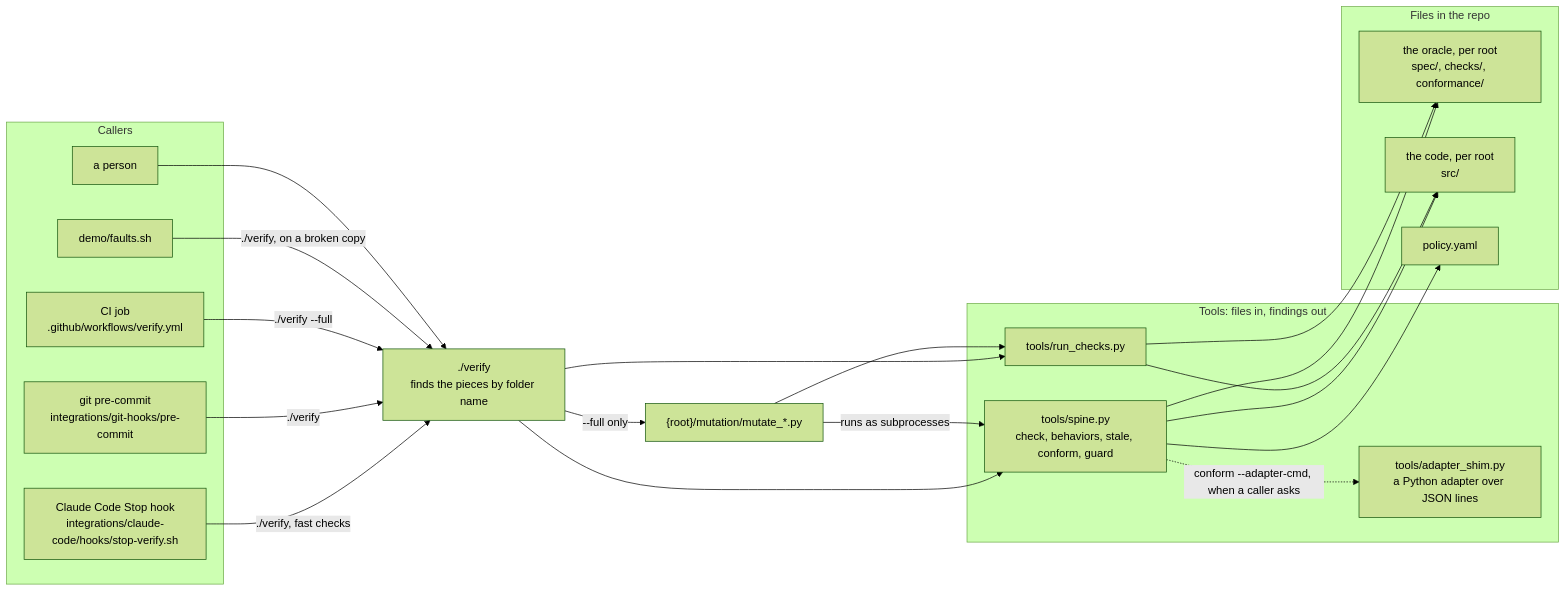
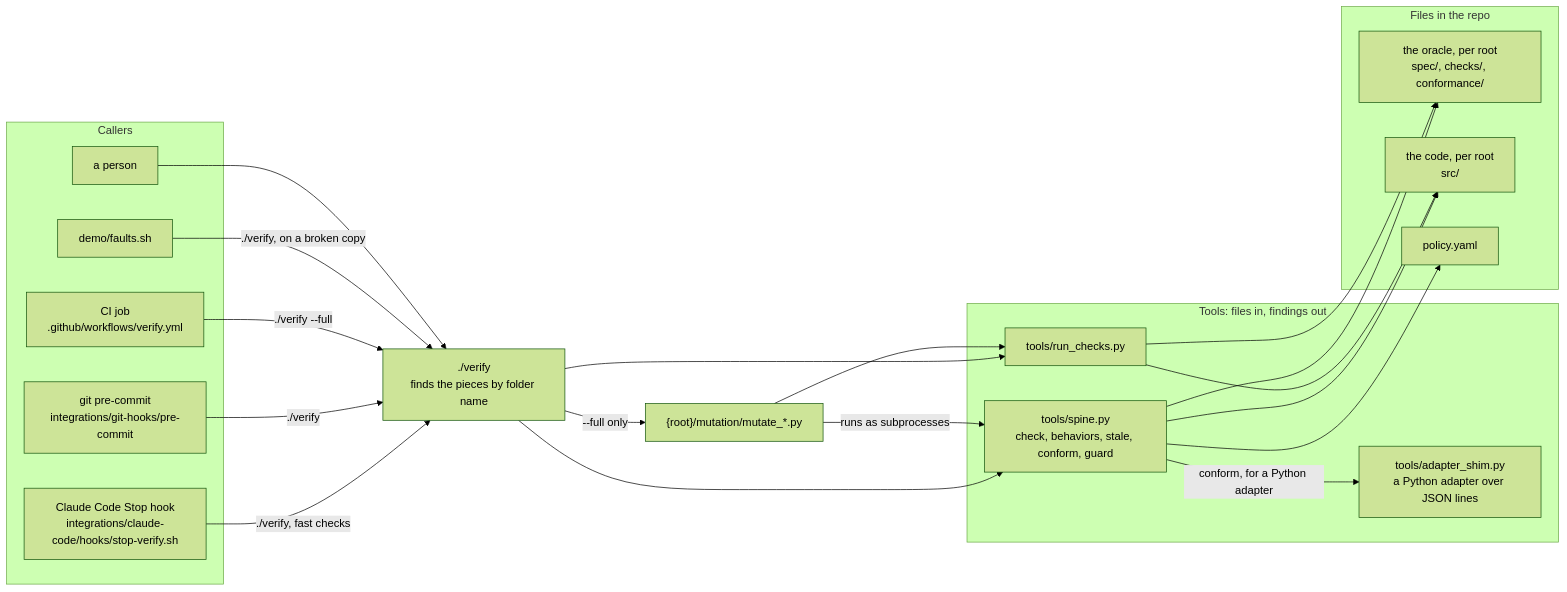
The first of 6 diagrams in docs/architecture.md (23min/verifier-kit), drawn with Mermaid (forest theme) before and after one commit. The commit also changed 7 other files, not shown here.

First line of the commit message:
fix(conform): run every Python adapter through the shim, so its printing can't break spine's output and both spines run it alike

````diff
--- a/docs/architecture.md
+++ b/docs/architecture.md
@@ -15,38 +15,38 @@
 ```mermaid
 flowchart LR
   subgraph callers["Callers"]
     stop["Claude Code Stop hook<br/>integrations/claude-code/hooks/stop-verify.sh"]
     pre["git pre-commit<br/>integrations/git-hooks/pre-commit"]
     ci["CI job<br/>.github/workflows/verify.yml"]
     faults["demo/faults.sh"]
     person["a person"]
   end
   verify["./verify<br/>finds the pieces by folder name"]
   subgraph tools["Tools: files in, findings out"]
     spine["tools/spine.py<br/>check, behaviors, stale, conform, guard"]
     rc["tools/run_checks.py"]
     shim["tools/adapter_shim.py<br/>a Python adapter over JSON lines"]
   end
   mut["{root}/mutation/mutate_*.py"]
   subgraph files["Files in the repo"]
     oracle["the oracle, per root<br/>spec/, checks/, conformance/"]
     code["the code, per root<br/>src/"]
     policy["policy.yaml"]
   end
   stop -->|"./verify, fast checks"| verify
   pre -->|"./verify"| verify
   ci -->|"./verify --full"| verify
   faults -->|"./verify, on a broken copy"| verify
   person --> verify
   verify --> spine
   verify --> rc
-  spine -.->|"conform --adapter-cmd, when a caller asks"| shim
+  spine -->|"conform, for a Python adapter"| shim
   verify -->|"--full only"| mut
   mut -->|"runs as subprocesses"| spine
   mut --> rc
   spine --> oracle
   spine --> code
   spine --> policy
   rc --> oracle
   rc --> code
 ```
````
